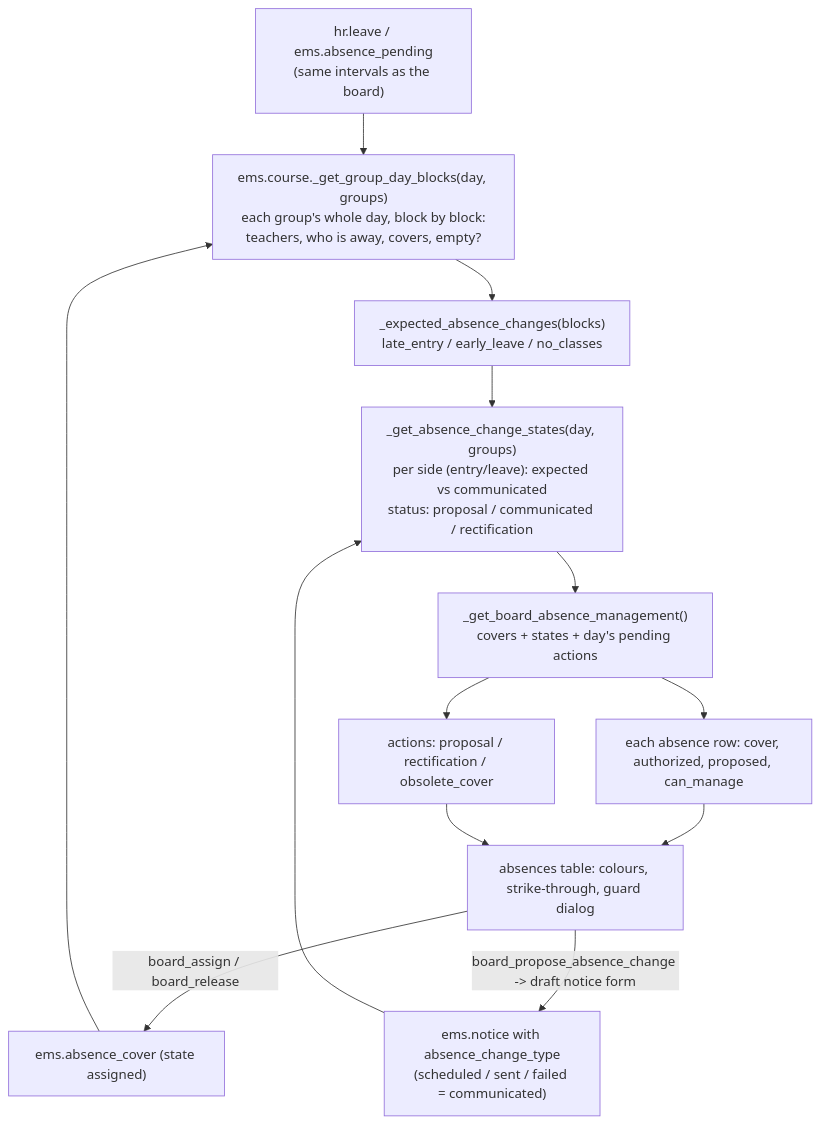
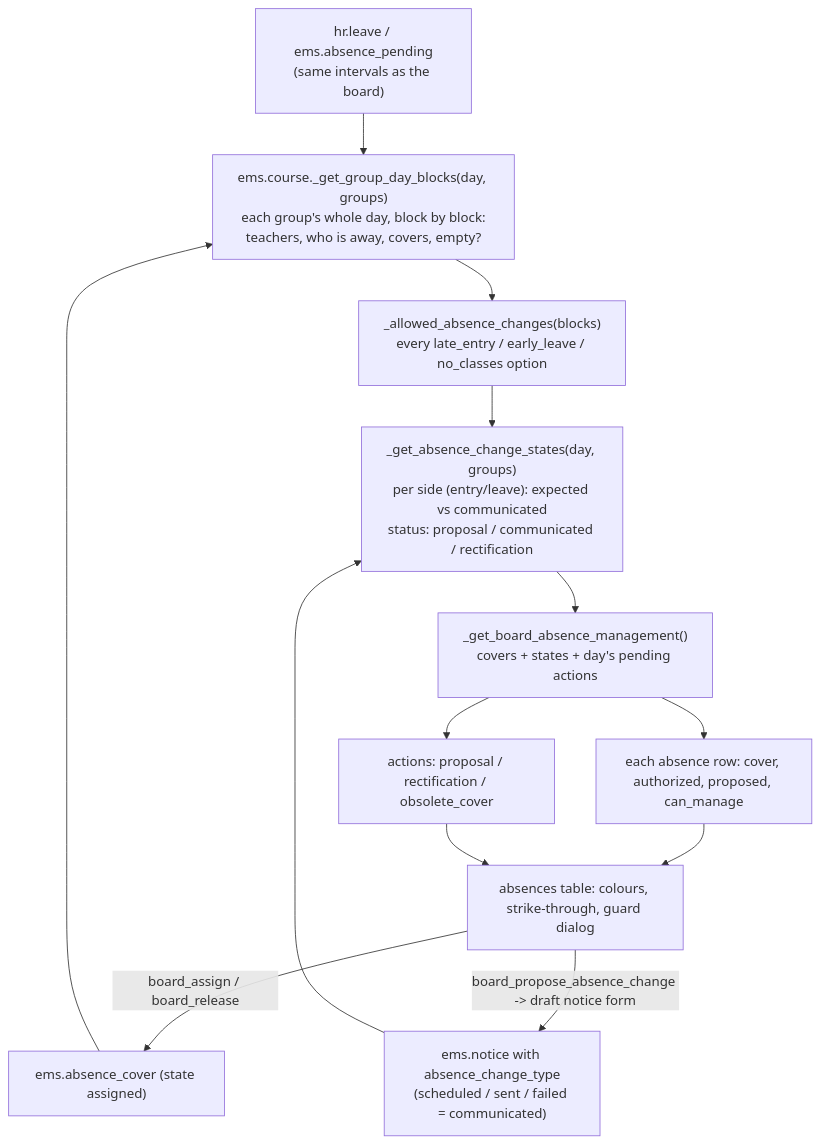
Before and after one commit to ElPuig/EMS: the fourth of 4 diagrams in docs/en/developers/attendance/guard_duty_board.md, drawn with Mermaid. The commit also changed other lines of this file and 13 other files, not shown here.

````diff
--- a/docs/en/developers/attendance/guard_duty_board.md
+++ b/docs/en/developers/attendance/guard_duty_board.md
@@ -656,15 +656,15 @@
 ```mermaid
 flowchart TD
     ABS["hr.leave / ems.absence_pending<br/>(same intervals as the board)"] --> BLK["ems.course._get_group_day_blocks(day, groups)<br/>each group's whole day, block by block:<br/>teachers, who is away, covers, empty?"]
     COV["ems.absence_cover (state assigned)"] --> BLK
-    BLK --> EXP["_expected_absence_changes(blocks)<br/>late_entry / early_leave / no_classes"]
+    BLK --> EXP["_allowed_absence_changes(blocks)<br/>every late_entry / early_leave / no_classes option"]
     NOT["ems.notice with absence_change_type<br/>(scheduled / sent / failed = communicated)"] --> ST
     EXP --> ST["_get_absence_change_states(day, groups)<br/>per side (entry/leave): expected vs communicated<br/>status: proposal / communicated / rectification"]
     ST --> MGT["_get_board_absence_management()<br/>covers + states + day's pending actions"]
     MGT --> ROWS["each absence row: cover, authorized, proposed, can_manage"]
     MGT --> ACT["actions: proposal / rectification / obsolete_cover"]
     ROWS --> UI["absences table: colours, strike-through, guard dialog"]
     ACT --> UI
     UI -->|"board_assign / board_release"| COV
     UI -->|"board_propose_absence_change -> draft notice form"| NOT
 ```
````
